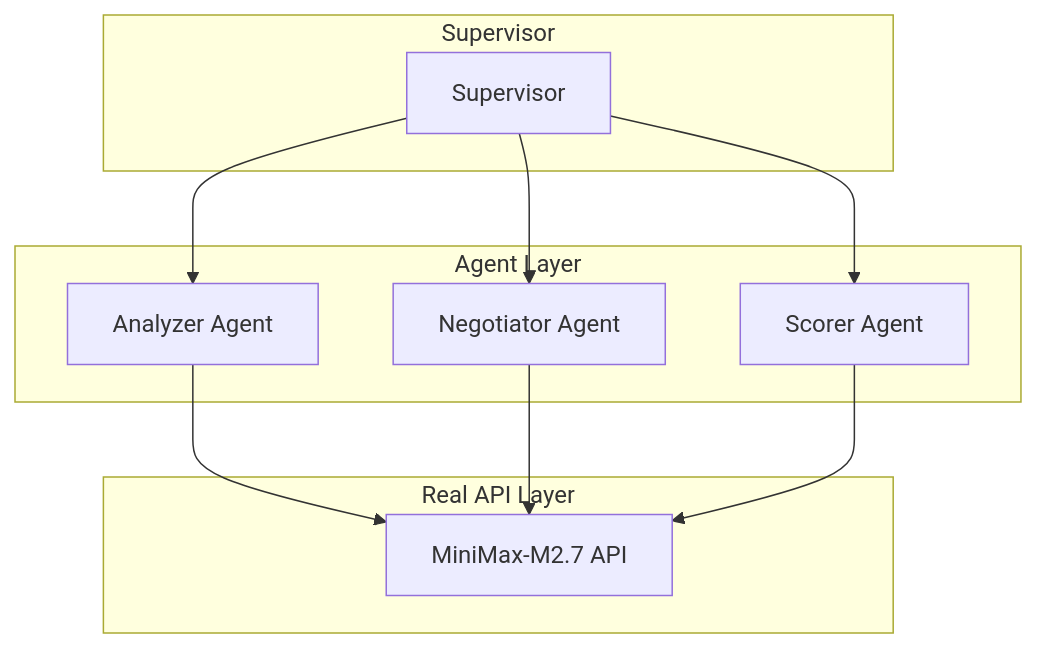
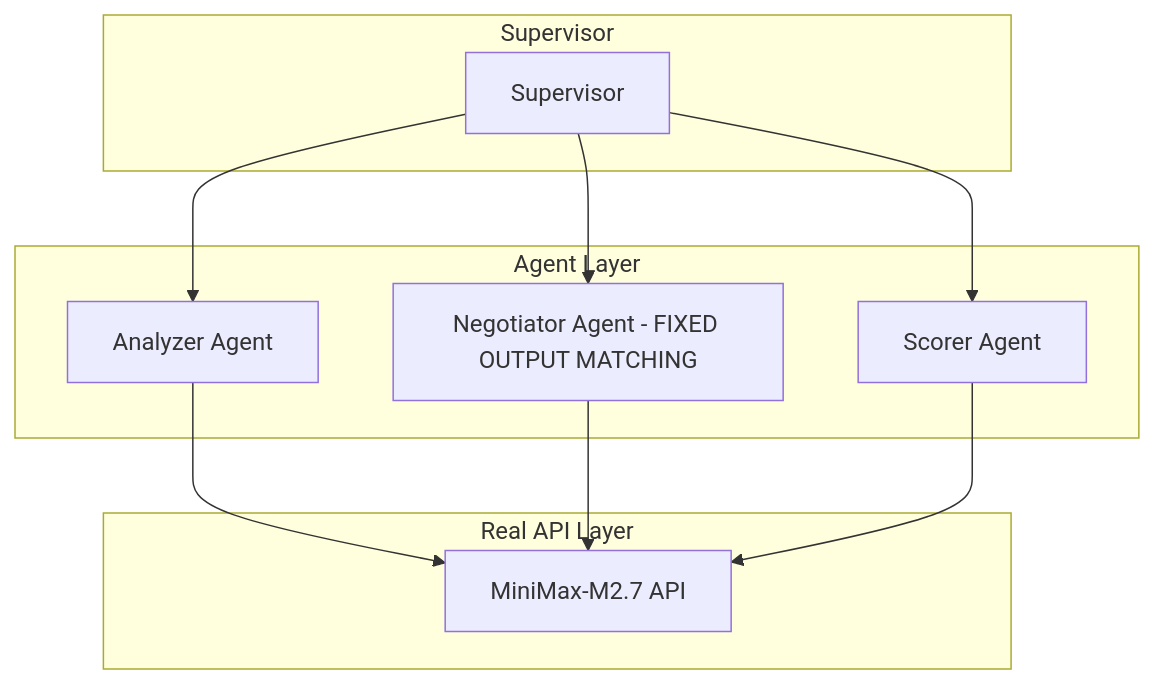
The diagram in README.md (xiangbianpangde/mas-evolution-test), drawn with Mermaid before and after one commit. The commit also changed other lines of this file, not shown here.

Commit message:
Update README - Gen402 output matching breakthrough

````diff
--- a/README.md
+++ b/README.md
@@ -54,20 +45,20 @@
 ```mermaid
 graph TB
     subgraph "Real API Layer"
         LLM[MiniMax-M2.7 API]
     end
     
     subgraph "Agent Layer"
         A[Analyzer Agent]
-        N[Negotiator Agent]
+        N[Negotiator Agent - FIXED OUTPUT MATCHING]
         S[Scorer Agent]
     end
     
     subgraph "Supervisor"
         SUP[Supervisor]
     end
     
     SUP --> A --> LLM
     SUP --> N --> LLM
     SUP --> S --> LLM
 ```
````
